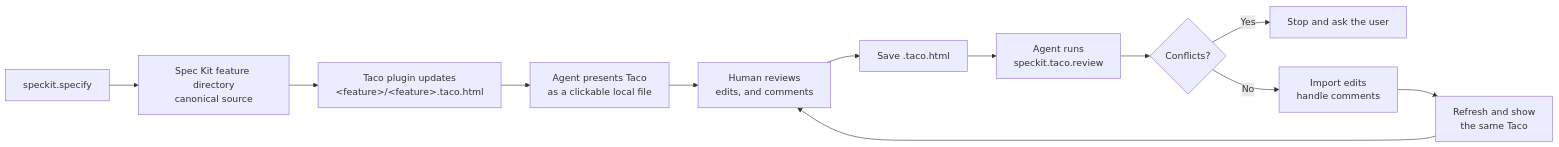
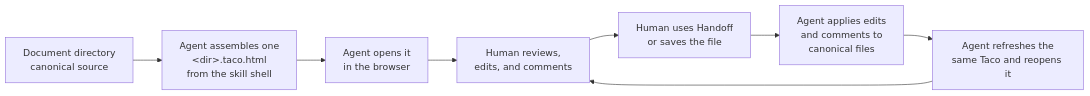
Before and after one commit to Arcadia822/taco: the diagram in specs/001-taco-bento-product/README.md, drawn with Mermaid. The commit also changed other lines of this file and 36 other files, not shown here.

First line of the commit message:
feat: CLI-free agent workflow with skill-first installation (#36)

````diff
--- a/specs/001-taco-bento-product/README.md
+++ b/specs/001-taco-bento-product/README.md
@@ -47,14 +47,10 @@
 ```mermaid
 flowchart LR
-    A["speckit.specify"] --> B["Spec Kit feature directory<br/>canonical source"]
-    B --> C["Taco plugin updates<br/>&lt;feature&gt;/&lt;feature&gt;.taco.html"]
-    C --> D["Agent presents Taco<br/>as a clickable local file"]
-    D --> E["Human reviews<br/>edits, and comments"]
-    E --> F["Save .taco.html"]
-    F --> G["Agent runs<br/>speckit.taco.review"]
-    G --> H{"Conflicts?"}
-    H -- "Yes" --> I["Stop and ask the user"]
-    H -- "No" --> J["Import edits<br/>handle comments"]
-    J --> K["Refresh and show<br/>the same Taco"]
-    K --> E
+    A["Document directory<br/>canonical source"] --> B["Agent assembles one<br/>&lt;dir&gt;.taco.html<br/>from the skill shell"]
+    B --> C["Agent opens it<br/>in the browser"]
+    C --> D["Human reviews,<br/>edits, and comments"]
+    D --> E["Human uses Handoff<br/>or saves the file"]
+    E --> F["Agent applies edits<br/>and comments to<br/>canonical files"]
+    F --> G["Agent refreshes the<br/>same Taco and reopens it"]
+    G --> D
 ```
````
